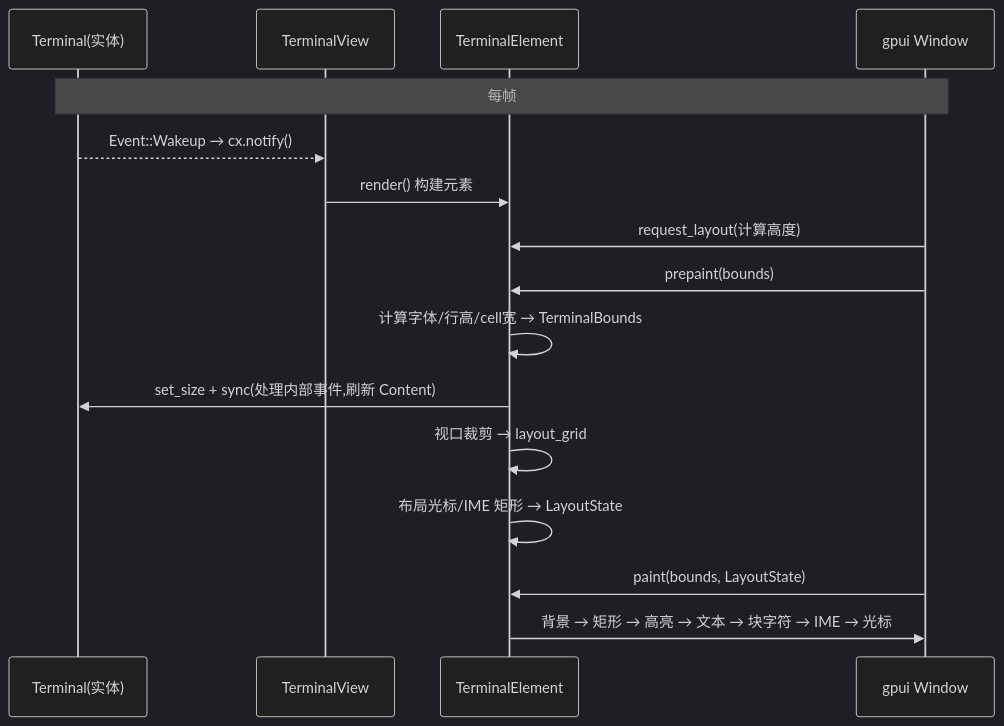
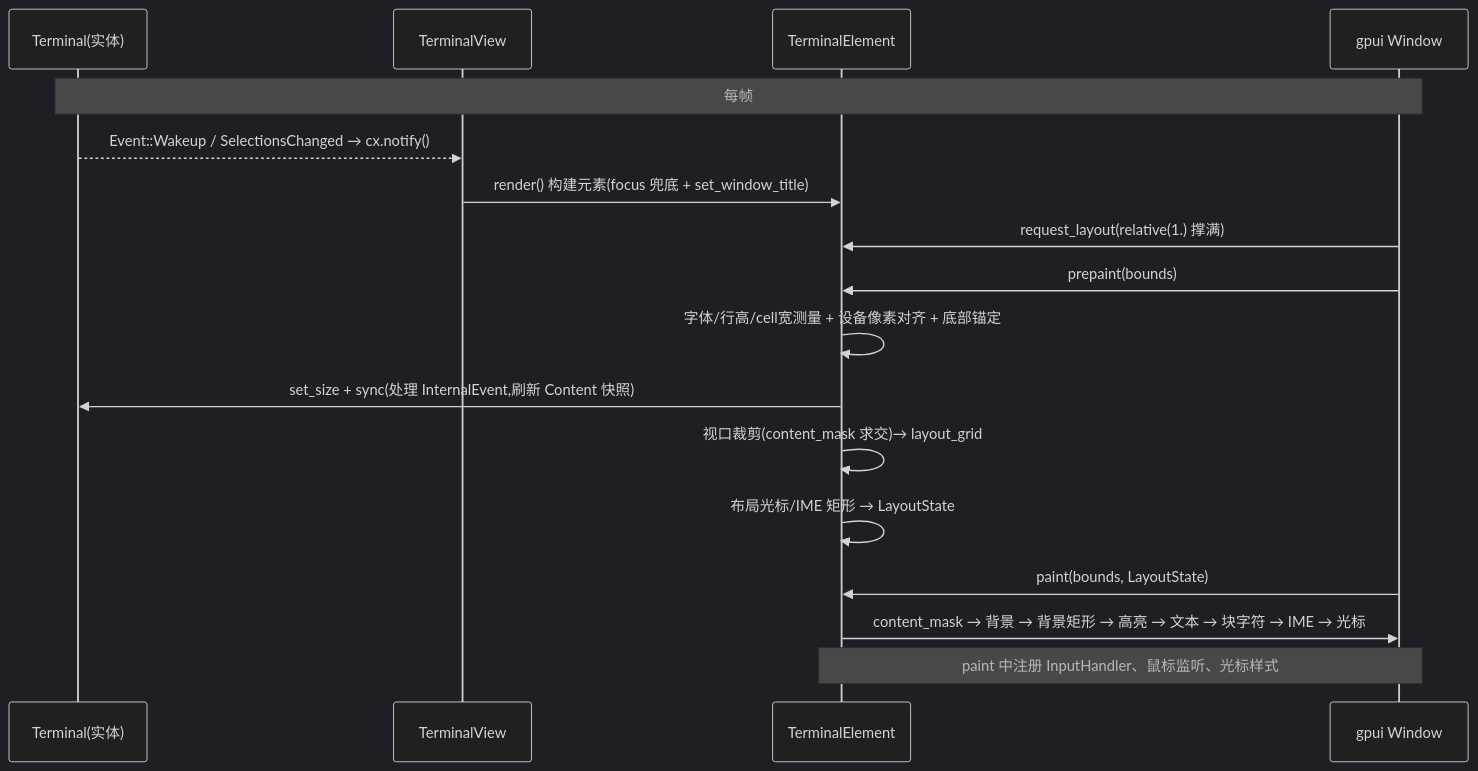
One commit to zephyraluco/alacrterm changed the fourth of 4 diagrams in docs/terminal-view-rendering.md. Above: the diagram before and after it, drawn with Mermaid (dark theme). The commit also changed other lines of this file and 1 other file, not shown here.

First line of the commit message:
docs: update architecture and rendering docs to match current implementation

````diff
--- a/docs/terminal-view-rendering.md
+++ b/docs/terminal-view-rendering.md
@@ -455,19 +537,20 @@
 ```mermaid
 sequenceDiagram
     participant T as Terminal(实体)
     participant V as TerminalView
     participant E as TerminalElement
     participant W as gpui Window
 
     Note over T,W: 每帧
-    T-->>V: Event::Wakeup → cx.notify()
-    V->>E: render() 构建元素
-    W->>E: request_layout(计算高度)
+    T-->>V: Event::Wakeup / SelectionsChanged → cx.notify()
+    V->>E: render() 构建元素(focus 兜底 + set_window_title)
+    W->>E: request_layout(relative(1.) 撑满)
     W->>E: prepaint(bounds)
-    E->>E: 计算字体/行高/cell宽 → TerminalBounds
-    E->>T: set_size + sync(处理内部事件,刷新 Content)
-    E->>E: 视口裁剪 → layout_grid
+    E->>E: 字体/行高/cell宽测量 + 设备像素对齐 + 底部锚定
+    E->>T: set_size + sync(处理 InternalEvent,刷新 Content 快照)
+    E->>E: 视口裁剪(content_mask 求交)→ layout_grid
     E->>E: 布局光标/IME 矩形 → LayoutState
     W->>E: paint(bounds, LayoutState)
-    E->>W: 背景 → 矩形 → 高亮 → 文本 → 块字符 → IME → 光标
+    E->>W: content_mask → 背景 → 背景矩形 → 高亮 → 文本 → 块字符 → IME → 光标
+    Note over E,W: paint 中注册 InputHandler、鼠标监听、光标样式
 ```
````
